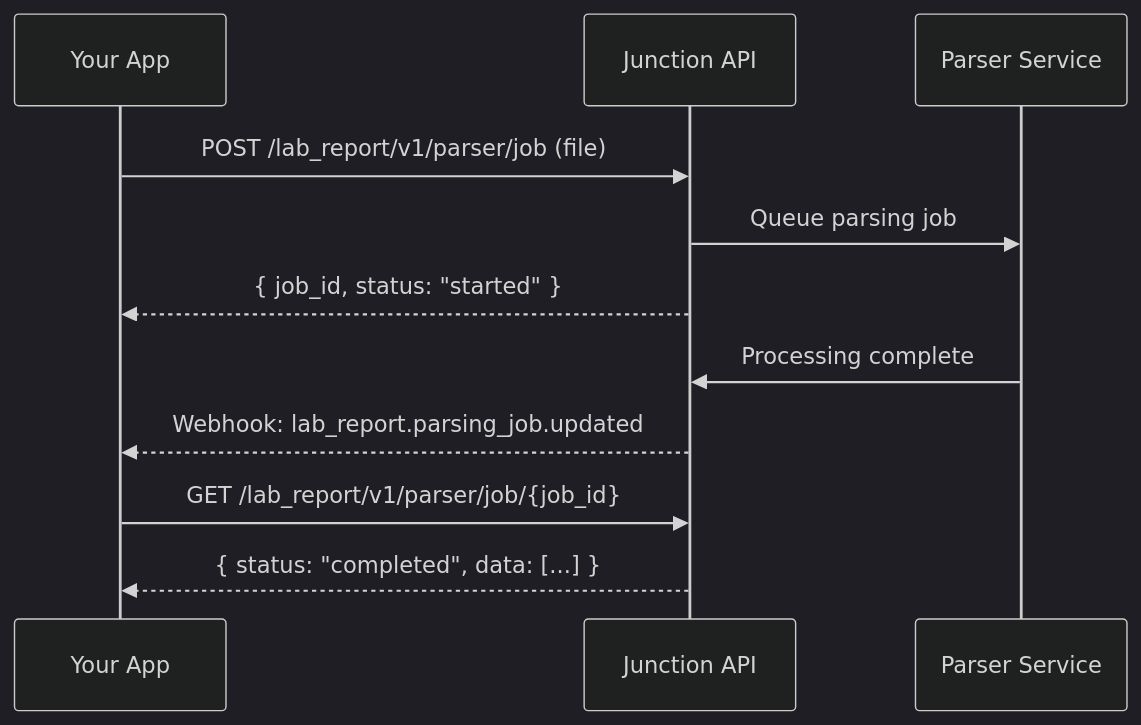
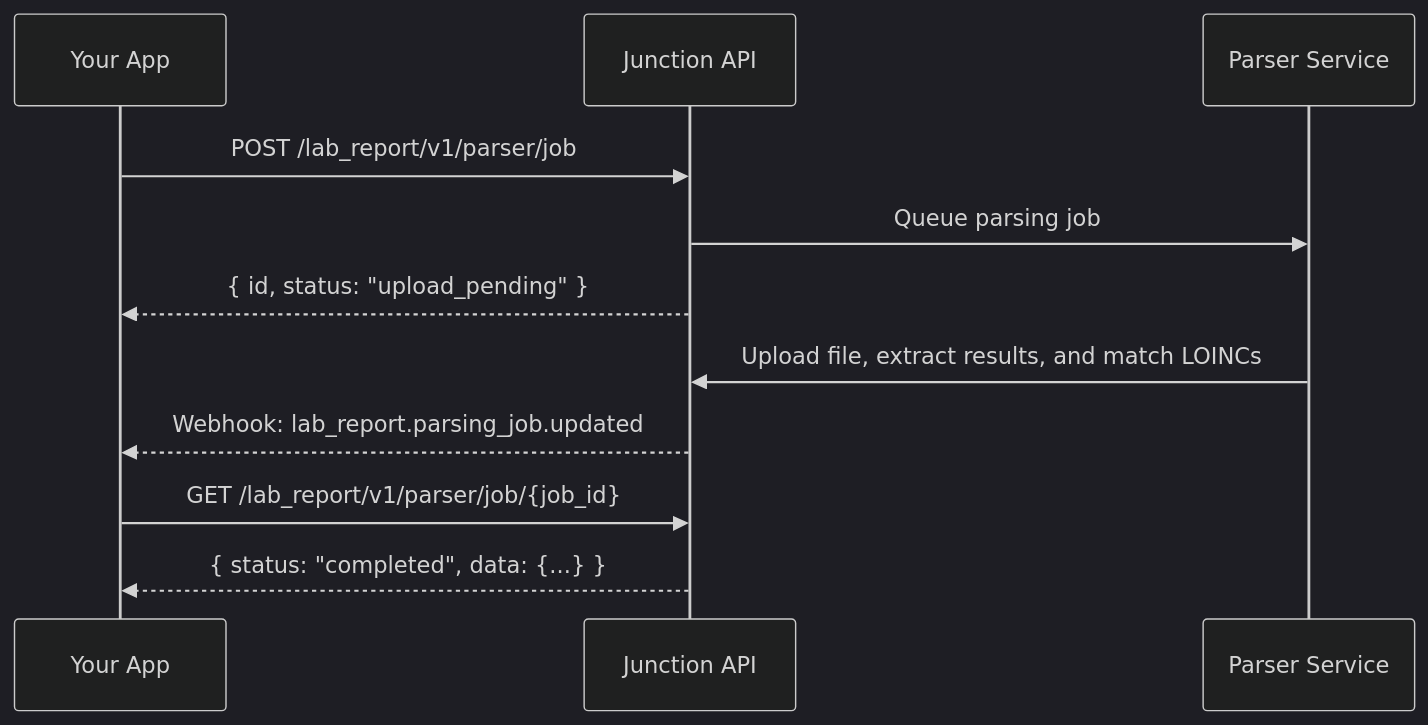
One commit to tryVital/docs changed the diagram in docs/lab/report-parsing/overview.mdx. Above: the diagram before and after it, drawn with Mermaid (dark theme). The commit also changed other lines of this file, not shown here.

Commit message:
update lab report parser docs

````diff
--- a/docs/lab/report-parsing/overview.mdx
+++ b/docs/lab/report-parsing/overview.mdx
@@ -16,14 +36,14 @@
 ```mermaid
 sequenceDiagram
     participant App as Your App
     participant API as Junction API
     participant Parser as Parser Service
 
-    App->>API: POST /lab_report/v1/parser/job (file)
+    App->>API: POST /lab_report/v1/parser/job
     API->>Parser: Queue parsing job
-    API-->>App: { job_id, status: "started" }
-    Parser->>API: Processing complete
+    API-->>App: { id, status: "upload_pending" }
+    Parser->>API: Upload file, extract results, and match LOINCs
     API-->>App: Webhook: lab_report.parsing_job.updated
     App->>API: GET /lab_report/v1/parser/job/{job_id}
-    API-->>App: { status: "completed", data: [...] }
+    API-->>App: { status: "completed", data: {...} }
 ```
````
